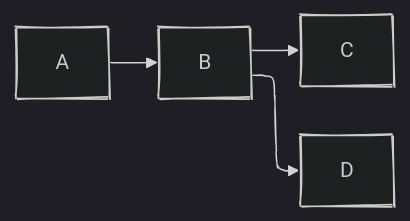
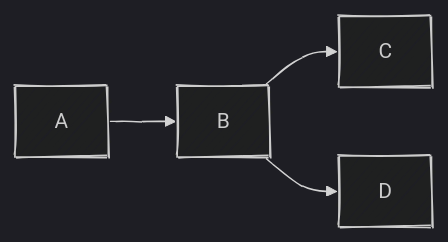
Diagram 11 of 11 in test-positive/mermaid.md (mermaid-js/mermaid-cli), drawn with Mermaid (dark theme) before and after one commit. The commit also changed other lines of this file and 6 other files, not shown here.

First line of the commit message:
chore: upgrade to Mermaid v12.0.0

````diff
--- a/test-positive/mermaid.md
+++ b/test-positive/mermaid.md
@@ -160,10 +160,10 @@
 ```mermaid
 ---
 config:
     look: handDrawn
-    layout: elk
+    layout: dagre
     handDrawnSeed: 1 # this is so visual regression tests are constant
 ---
 flowchart LR
     A --> B --> C & D
 ```
````
